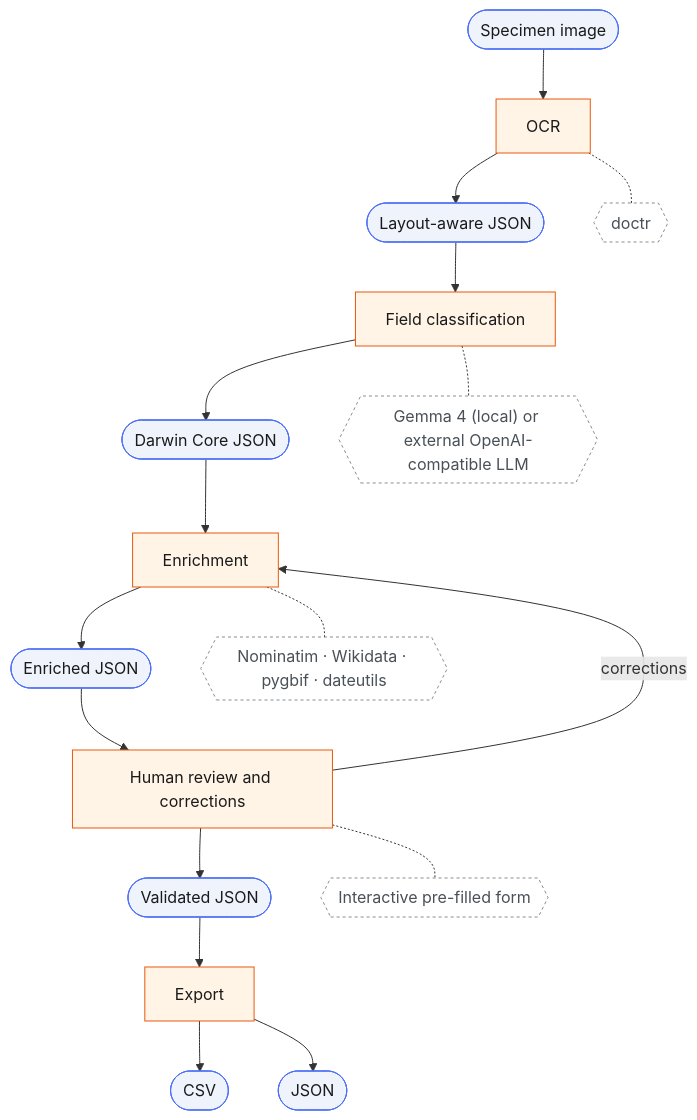
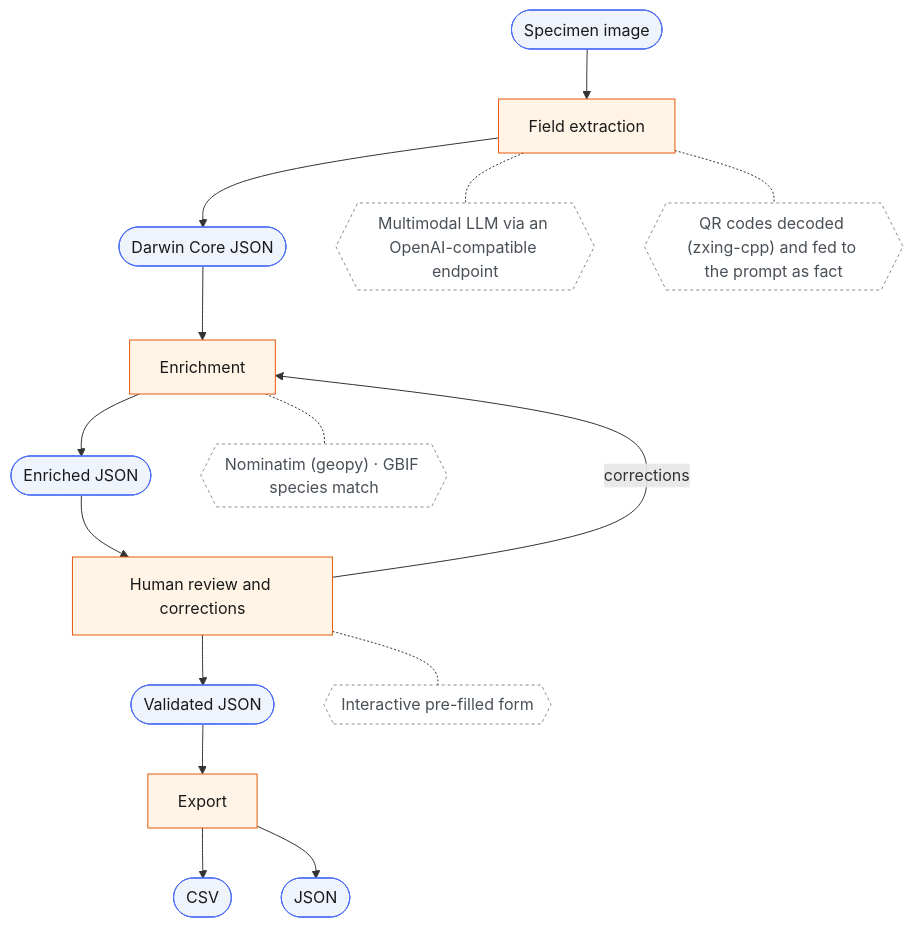
Before and after one commit to sdsc-ordes/speciai: the diagram in README.md, drawn with Mermaid. The commit also changed other lines of this file and 46 other files, not shown here.

````diff
--- a/README.md
+++ b/README.md
@@ -26,39 +26,37 @@
 ```mermaid
 flowchart TD
     IMG(["Specimen image"])
-    LAYOUT(["Layout-aware JSON"])
     DWC(["Darwin Core JSON"])
     ENRICHED(["Enriched JSON"])
     VALID(["Validated JSON"])
     CSV(["CSV"])
     JSONOUT(["JSON"])
 
-    OCR[OCR]
-    CLASSIFY[Field classification]
+    EXTRACT[Field extraction]
     ENRICH[Enrichment]
     REVIEW[Human review and corrections]
     EXPORT[Export]
 
-    DOCTR{{doctr}}
-    GEMMA{{"Gemma 4 (local) or external OpenAI-compatible LLM"}}
-    ENRICHTECH{{"Nominatim · Wikidata · pygbif · dateutils"}}
+    LLM{{"Multimodal LLM via an OpenAI-compatible endpoint"}}
+    QR{{"QR codes decoded (zxing-cpp) and fed to the prompt as fact"}}
+    ENRICHTECH{{"Nominatim (geopy) · GBIF species match"}}
     FORM{{"Interactive pre-filled form"}}
 
-    IMG --> OCR --> LAYOUT --> CLASSIFY --> DWC --> ENRICH --> ENRICHED --> REVIEW --> VALID --> EXPORT
+    IMG --> EXTRACT --> DWC --> ENRICH --> ENRICHED --> REVIEW --> VALID --> EXPORT
     EXPORT --> CSV
     EXPORT --> JSONOUT
     REVIEW -->|corrections| ENRICH
 
-    OCR -.- DOCTR
-    CLASSIFY -.- GEMMA
+    EXTRACT -.- LLM
+    EXTRACT -.- QR
     ENRICH -.- ENRICHTECH
     REVIEW -.- FORM
 
     classDef data fill:#eef3fc,stroke:#4c6ef5,color:#1a1a1a;
     classDef proc fill:#fff4e6,stroke:#e8590c,color:#1a1a1a;
     classDef tech fill:none,stroke:#868e96,stroke-dasharray: 3 3,color:#495057;
 
-    class IMG,LAYOUT,DWC,ENRICHED,VALID,CSV,JSONOUT data;
-    class OCR,CLASSIFY,ENRICH,REVIEW,EXPORT proc;
-    class DOCTR,GEMMA,ENRICHTECH,FORM tech;
+    class IMG,DWC,ENRICHED,VALID,CSV,JSONOUT data;
+    class EXTRACT,ENRICH,REVIEW,EXPORT proc;
+    class LLM,QR,ENRICHTECH,FORM tech;
 ```
````
